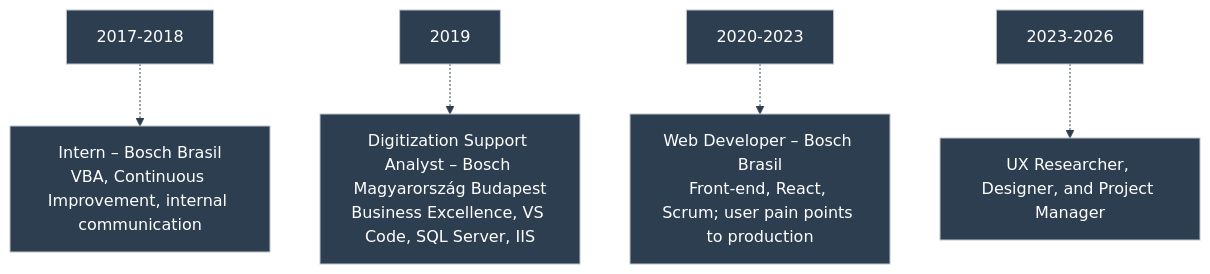
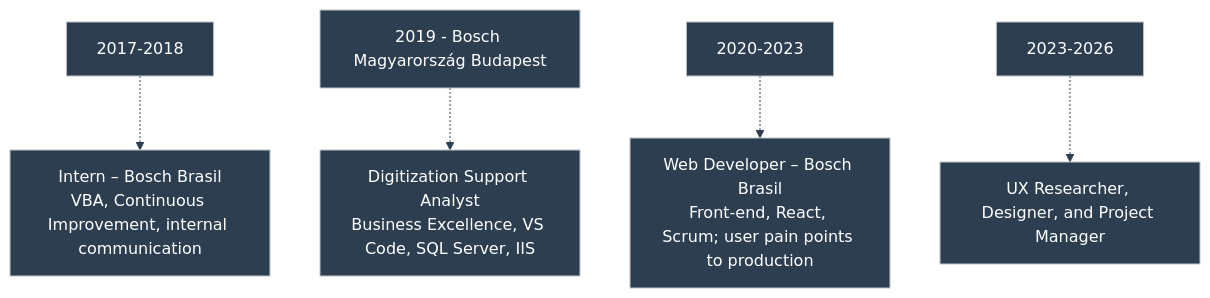
The tenth of 12 diagrams in portfolio/mermaid/diagrams.md (duducm2/my-personal-repo), drawn with Mermaid before and after one commit.

Commit message:
Update experience timeline in Mermaid diagram by clarifying job titles and locations for improved readability and context.

````diff
--- a/portfolio/mermaid/diagrams.md
+++ b/portfolio/mermaid/diagrams.md
@@ -185,8 +185,8 @@
 ```mermaid
 %%{init: {'theme': 'base', 'themeVariables': { 'primaryColor': '#2c3e50', 'primaryTextColor': '#fff', 'primaryBorderColor': '#bdc3c7', 'lineColor': '#2c3e50', 'fontFamily': 'Lato'}}}%%
 flowchart TD
   D1["2017-2018"] -.-> E1["Intern – Bosch Brasil<br/>VBA, Continuous Improvement, internal communication"]
-  D2["2019"] -.-> E2["Digitization Support Analyst – Bosch Magyarország Budapest<br/>Business Excellence, VS Code, SQL Server, IIS"]
+  D2["2019 - Bosch Magyarország Budapest"] -.-> E2["Digitization Support Analyst<br/>Business Excellence, VS Code, SQL Server, IIS"]
   D3["2020-2023"] -.-> E3["Web Developer – Bosch Brasil<br/>Front-end, React, Scrum; user pain points to production"]
   D4["2023-2026"] -.-> E4["UX Researcher, Designer, and Project Manager"]
 ```
````
